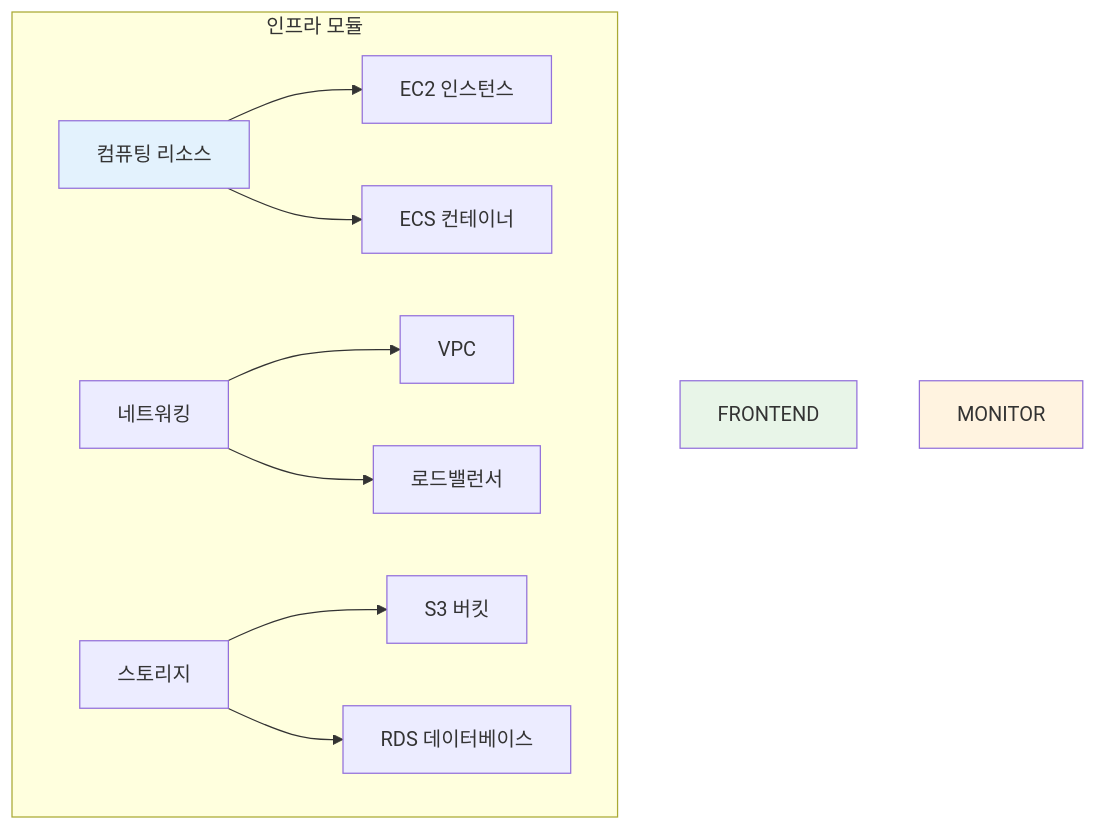
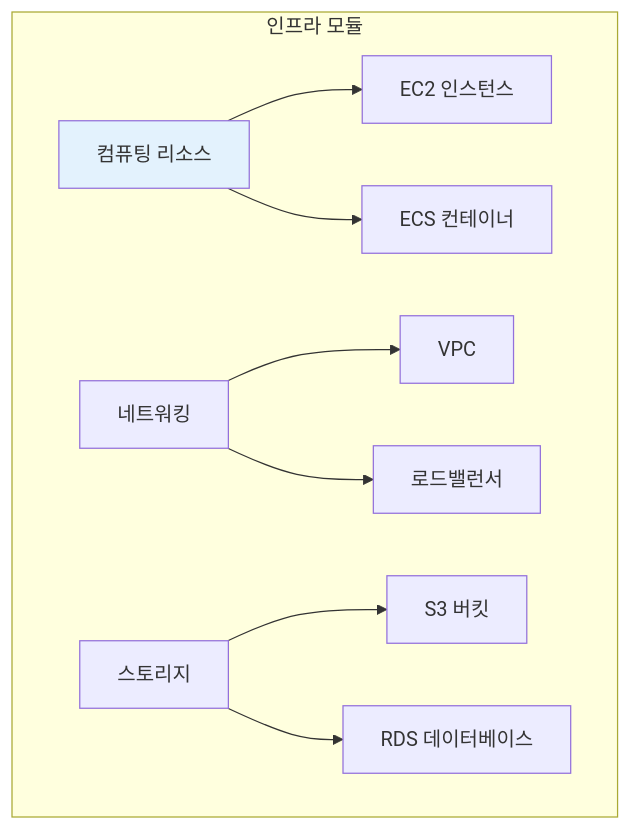
One commit to niceguy61/kdt_devops_lecture_2025 changed the seventh of 9 diagrams in theory/december/make_diagram/lecture/02_complexity_management.md. Above: the diagram before and after it, drawn with Mermaid. The commit also changed other lines of this file, not shown here.

````diff
--- a/theory/december/make_diagram/lecture/02_complexity_management.md
+++ b/theory/december/make_diagram/lecture/02_complexity_management.md
@@ -190,21 +190,19 @@
 ```mermaid
 graph TB
     subgraph "인프라 모듈"
         COMPUTE[컴퓨팅 리소스]
         NETWORK[네트워킹]
         STORAGE[스토리지]
         
         COMPUTE --> EC2[EC2 인스턴스]
         COMPUTE --> ECS[ECS 컨테이너]
         
         NETWORK --> VPC[VPC]
         NETWORK --> ALB[로드밸런서]
         
         STORAGE --> S3[S3 버킷]
         STORAGE --> RDS[RDS 데이터베이스]
     end
     
     style COMPUTE fill:#e3f2fd
-    style FRONTEND fill:#e8f5e8
-    style MONITOR fill:#fff3e0
 ```
````
